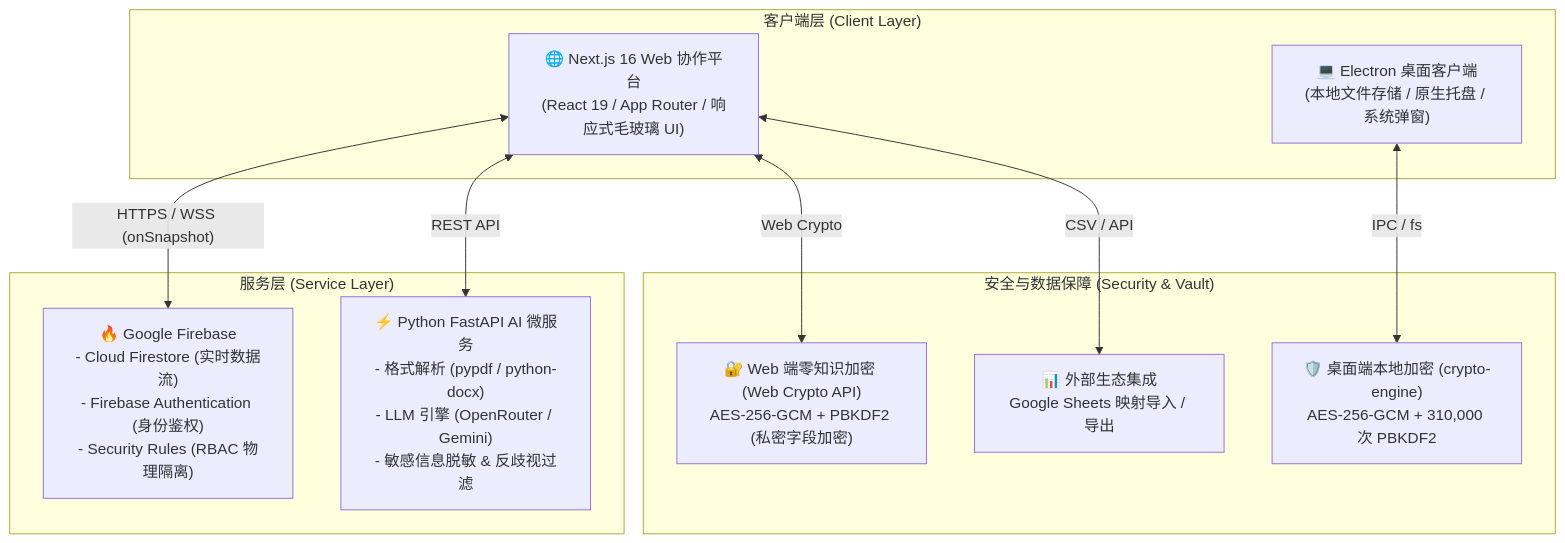
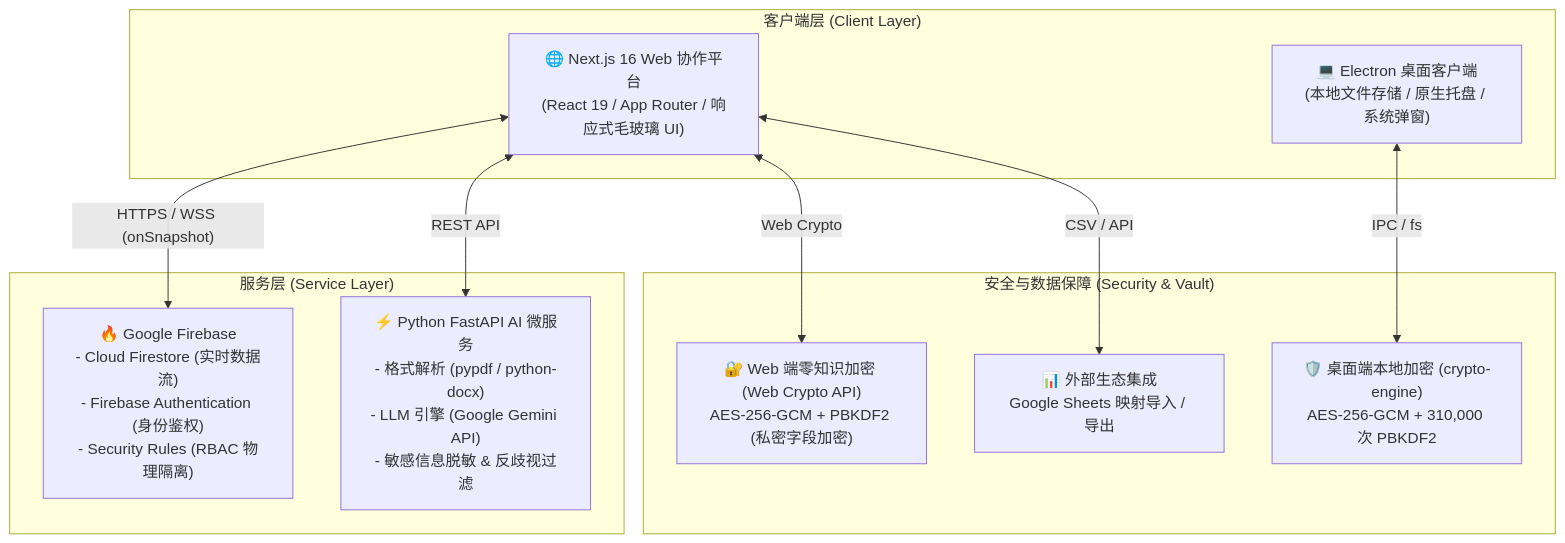
Before and after one commit to seantan338/LKL-SR-Tools: the diagram in README.md, drawn with Mermaid. The commit also changed other lines of this file and 10 other files, not shown here.

First line of the commit message:
feat(ai_backend): switch LLM provider from OpenRouter to Gemini API (Pro + 3.8 Flash) (#3)

````diff
--- a/README.md
+++ b/README.md
@@ -32,24 +32,24 @@
 ```mermaid
 flowchart TB
     subgraph ClientLayer ["客户端层 (Client Layer)"]
         Web["🌐 Next.js 16 Web 协作平台<br/>(React 19 / App Router / 响应式毛玻璃 UI)"]
         Desktop["💻 Electron 桌面客户端<br/>(本地文件存储 / 原生托盘 / 系统弹窗)"]
     end
 
     subgraph ServiceLayer ["服务层 (Service Layer)"]
         Firebase["🔥 Google Firebase<br/>- Cloud Firestore (实时数据流)<br/>- Firebase Authentication (身份鉴权)<br/>- Security Rules (RBAC 物理隔离)"]
-        AIBackend["⚡ Python FastAPI AI 微服务<br/>- 格式解析 (pypdf / python-docx)<br/>- LLM 引擎 (OpenRouter / Gemini)<br/>- 敏感信息脱敏 & 反歧视过滤"]
+        AIBackend["⚡ Python FastAPI AI 微服务<br/>- 格式解析 (pypdf / python-docx)<br/>- LLM 引擎 (Google Gemini API)<br/>- 敏感信息脱敏 & 反歧视过滤"]
     end
 
     subgraph SecurityVault ["安全与数据保障 (Security & Vault)"]
         WebCrypto["🔐 Web 端零知识加密 (Web Crypto API)<br/>AES-256-GCM + PBKDF2 (私密字段加密)"]
         DesktopCrypto["🛡️ 桌面端本地加密 (crypto-engine)<br/>AES-256-GCM + 310,000 次 PBKDF2"]
         Sheets["📊 外部生态集成<br/>Google Sheets 映射导入 / 导出"]
     end
 
     Web <-->|"HTTPS / WSS (onSnapshot)"| Firebase
     Web <-->|"REST API"| AIBackend
     Web <-->|"Web Crypto"| WebCrypto
     Web <-->|"CSV / API"| Sheets
     Desktop <-->|"IPC / fs"| DesktopCrypto
 ```
````
